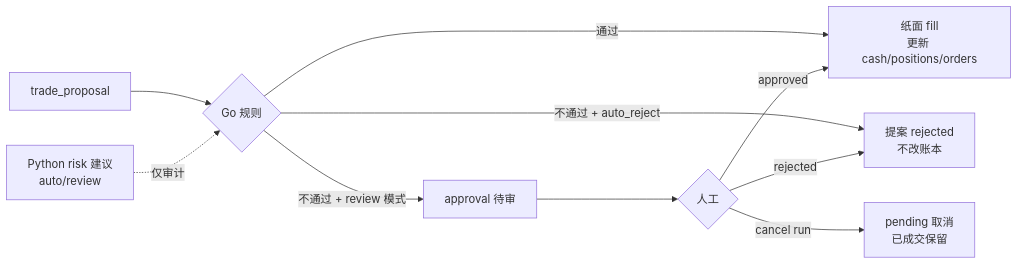
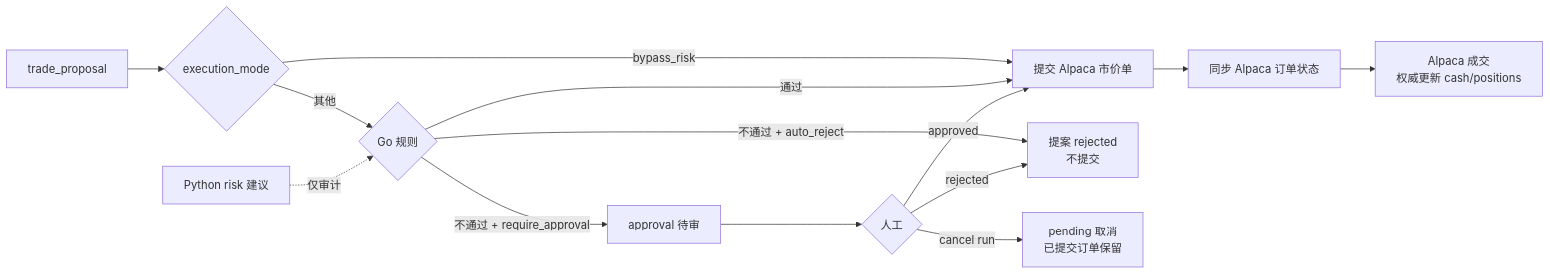
The third of 4 diagrams in docs/eod-workflow-flowchart.md (cyhzuishuai/stock-agents-cursor), drawn with Mermaid before and after one commit. The commit also changed other lines of this file and 3 other files, not shown here.

````diff
--- a/docs/eod-workflow-flowchart.md
+++ b/docs/eod-workflow-flowchart.md
@@ -108,14 +129,19 @@
 ```mermaid
 flowchart LR
-  P[trade_proposal] --> G{Go 规则}
-  G -->|通过| F[纸面 fill<br/>更新 cash/positions/orders]
-  G -->|不通过 + review 模式| A[approval 待审]
-  G -->|不通过 + auto_reject| R[提案 rejected<br/>不改账本]
+  P[trade_proposal] --> M{execution_mode}
+  M -->|bypass_risk| S[提交 Alpaca 市价单]
+  M -->|其他| G{Go 规则}
+  G -->|通过| S
+  G -->|不通过 + require_approval| A[approval 待审]
+  G -->|不通过 + auto_reject| R[提案 rejected<br/>不提交]
+
+  S --> Sync[同步 Alpaca 订单状态]
+  Sync --> F[Alpaca 成交<br/>权威更新 cash/positions]
 
   A --> H{人工}
-  H -->|approved| F
-  H -->|rejected| R[提案 rejected<br/>不改账本]
-  H -->|cancel run| C[pending 取消<br/>已成交保留]
+  H -->|approved| S
+  H -->|rejected| R
+  H -->|cancel run| C[pending 取消<br/>已提交订单保留]
 
-  Adv[Python risk 建议<br/>auto/review] -.->|仅审计| G
+  Adv[Python risk 建议] -.->|仅审计| G
 ```
````
